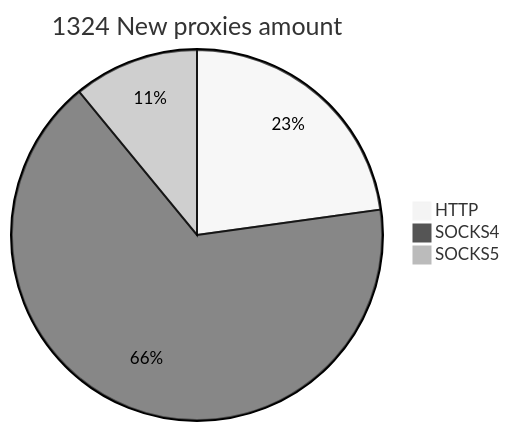
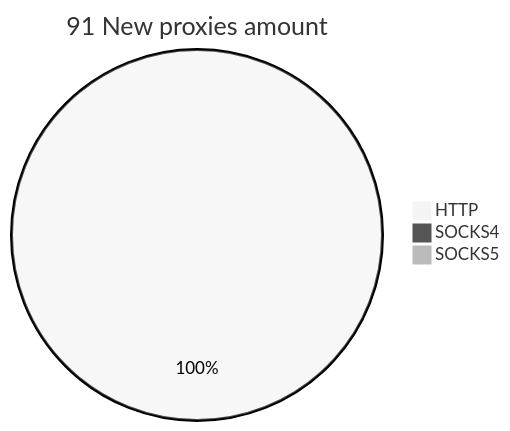
The second of 2 diagrams in README.md (cutipu/proxylist), drawn with Mermaid (neutral theme) before and after one commit. The commit also changed other lines of this file, not shown here.

````diff
--- a/README.md
+++ b/README.md
@@ -10,6 +10,6 @@
 ```mermaid
-pie title 1324 New proxies amount
-    "HTTP" : 302
-    "SOCKS4" : 877
-    "SOCKS5" : 145
+pie title 91 New proxies amount
+    "HTTP" : 232
+    "SOCKS4" : 0
+    "SOCKS5" : 0
 ```
````
